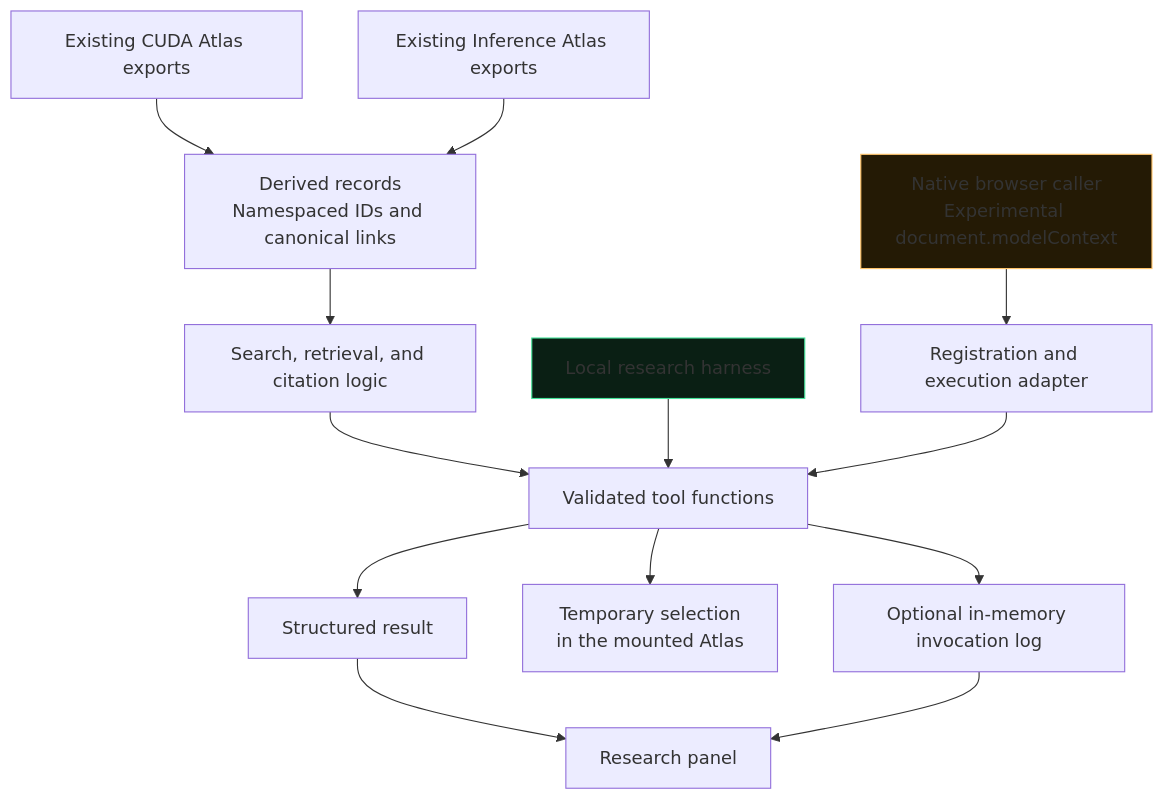
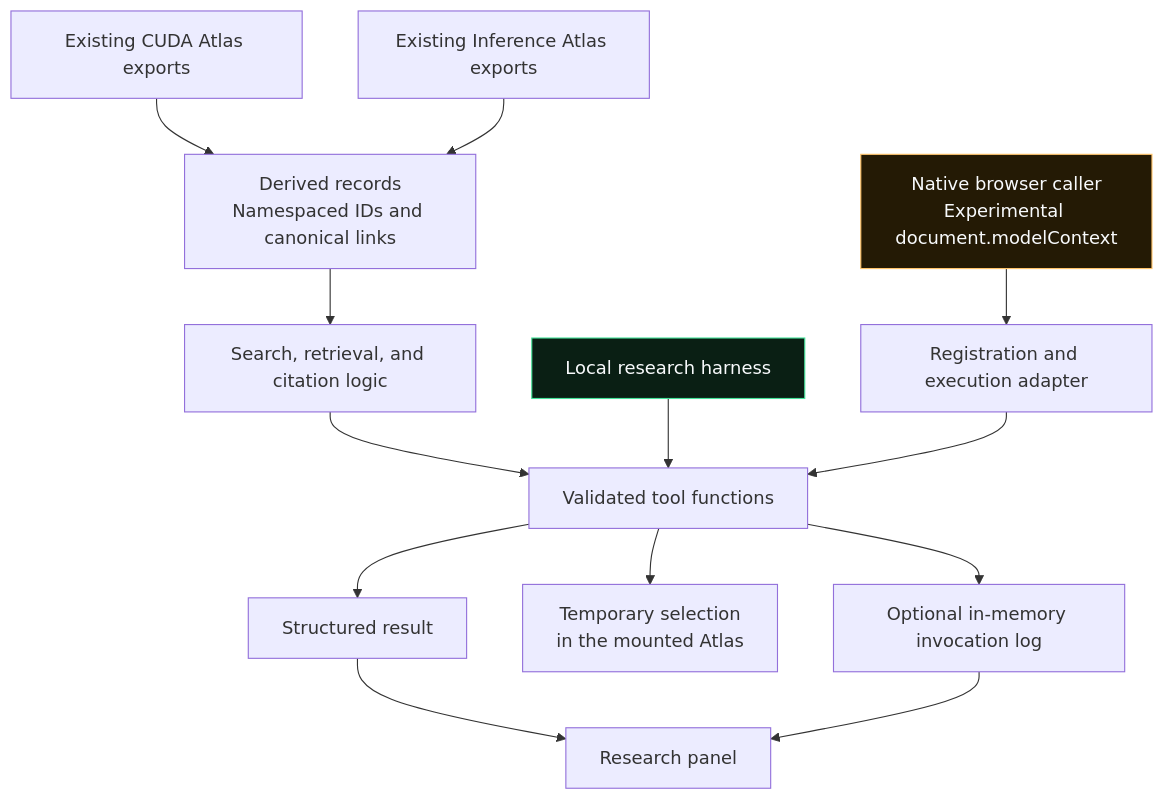
The diagram in README.md (mailtotanvir/WebMCP-Edge), drawn with Mermaid before and after one commit.

Commit message:
Fix text contrast on native caller and local harness diagram nodes

````diff
--- a/README.md
+++ b/README.md
@@ -35,17 +35,17 @@
 ```mermaid
 flowchart TD
     CUDA[Existing CUDA Atlas exports] --> RECORDS[Derived records<br/>Namespaced IDs and canonical links]
     INF[Existing Inference Atlas exports] --> RECORDS
     RECORDS --> LOGIC[Search, retrieval, and citation logic]
     LOGIC --> TOOLS[Validated tool functions]
     HARNESS[Local research harness] --> TOOLS
     NATIVE[Native browser caller<br/>Experimental document.modelContext] --> ADAPTER[Registration and execution adapter]
     ADAPTER --> TOOLS
     TOOLS --> OUTPUT[Structured result]
     TOOLS --> SELECT[Temporary selection<br/>in the mounted Atlas]
     TOOLS --> LOG[Optional in-memory invocation log]
     OUTPUT --> PANEL[Research panel]
     LOG --> PANEL
-    style NATIVE fill:#241a05,stroke:#FFC46B
-    style HARNESS fill:#0a1f14,stroke:#46E39B
+    style NATIVE fill:#241a05,stroke:#FFC46B,color:#F8FAFC
+    style HARNESS fill:#0a1f14,stroke:#46E39B,color:#F8FAFC
 ```
````
